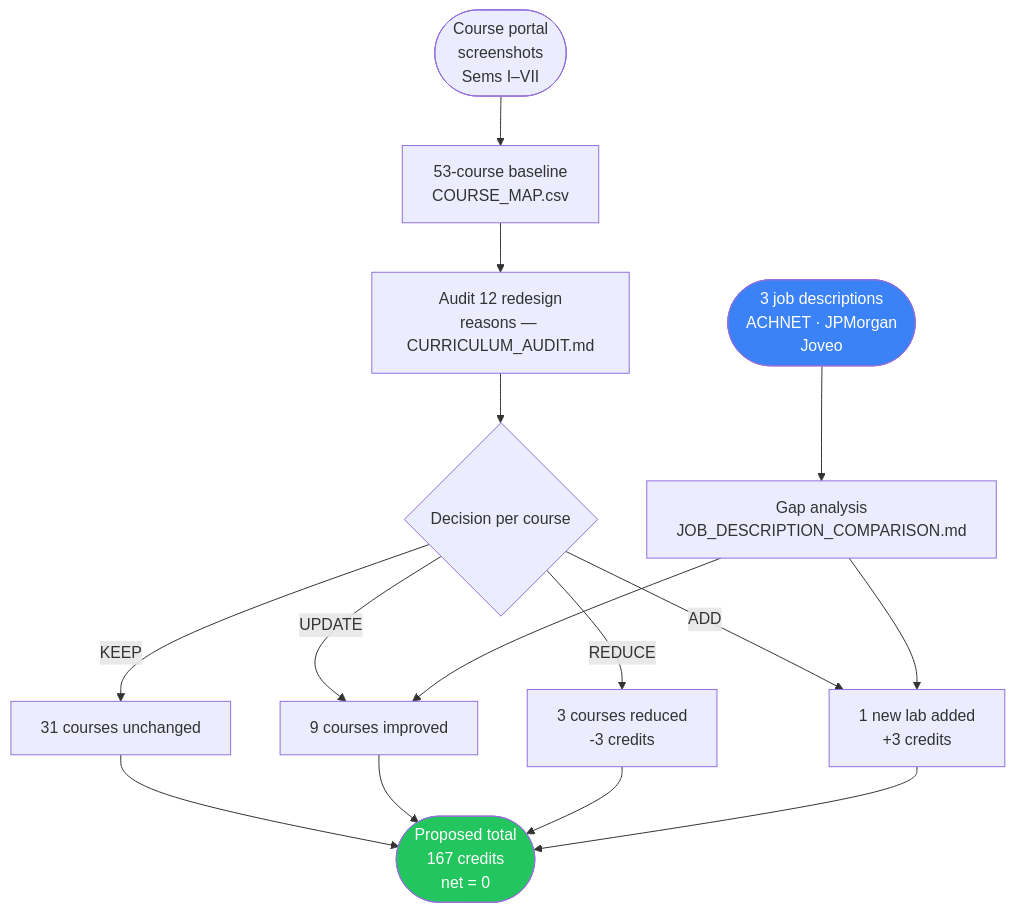
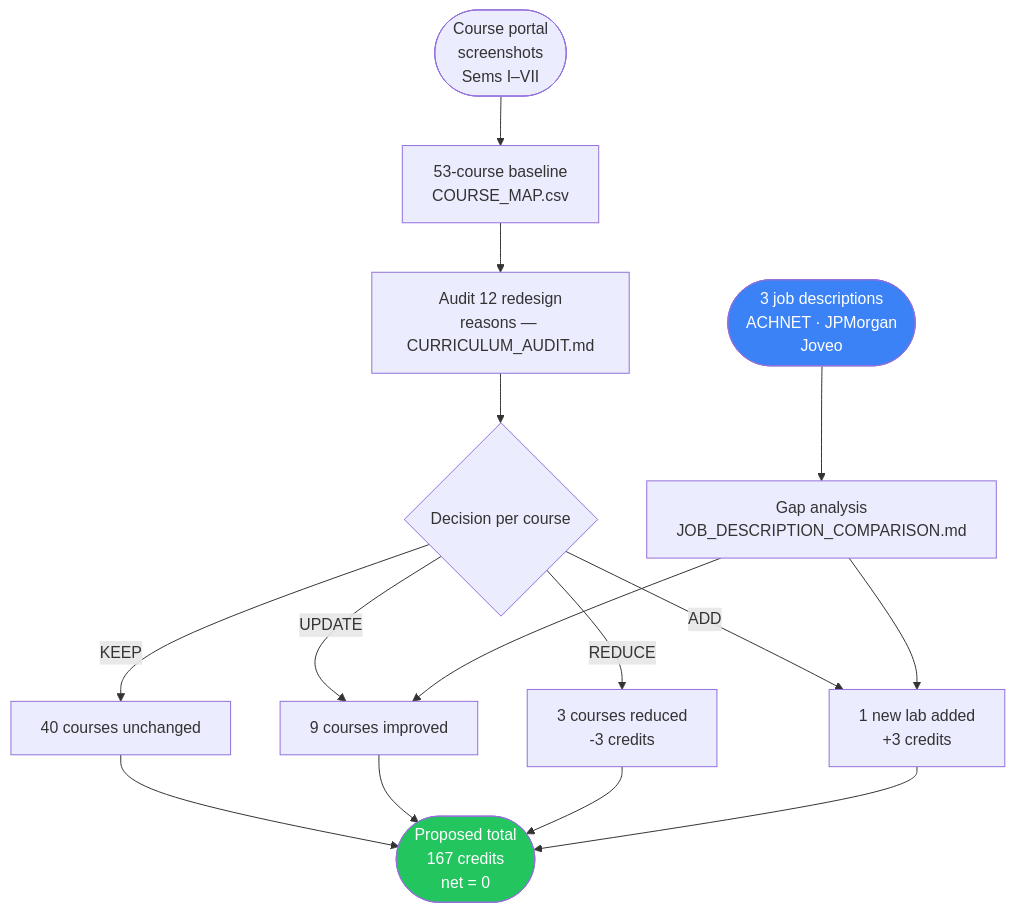
The second of 2 diagrams in README.md (kanwa2006/hkaiverse), drawn with Mermaid before and after one commit. The commit also changed other lines of this file and 7 other files, not shown here.

Commit message:
docs(Task2): reconcile HS301 non-credit status, diagram counts, reflection, and release references

````diff
--- a/README.md
+++ b/README.md
@@ -59,15 +59,15 @@
 ```mermaid
 flowchart TD
     A([Course portal\nscreenshots\nSems I–VII]) --> B[53-course baseline\nCOURSE_MAP.csv]
     B --> C[Audit 12 redesign\nreasons — CURRICULUM_AUDIT.md]
     C --> D{Decision per course}
-    D -->|KEEP| E[31 courses unchanged]
+    D -->|KEEP| E[40 courses unchanged]
     D -->|UPDATE| F[9 courses improved]
     D -->|REDUCE| G[3 courses reduced\n-3 credits]
     D -->|ADD| H[1 new lab added\n+3 credits]
     E & F & G & H --> I([Proposed total\n167 credits\nnet = 0])
     J([3 job descriptions\nACHNET · JPMorgan\nJoveo]) --> K[Gap analysis\nJOB_DESCRIPTION_COMPARISON.md]
     K --> F & H
     style I fill:#22c55e,color:#fff
     style J fill:#3b82f6,color:#fff
 ```
````
